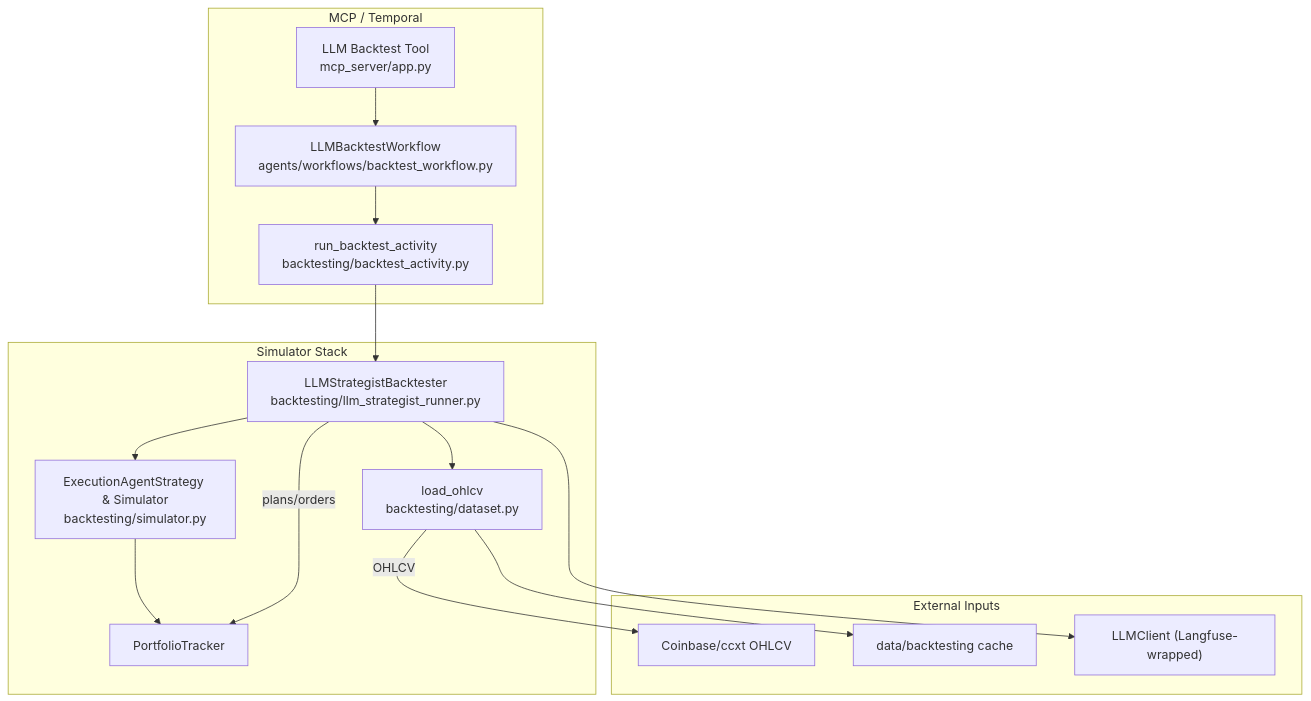
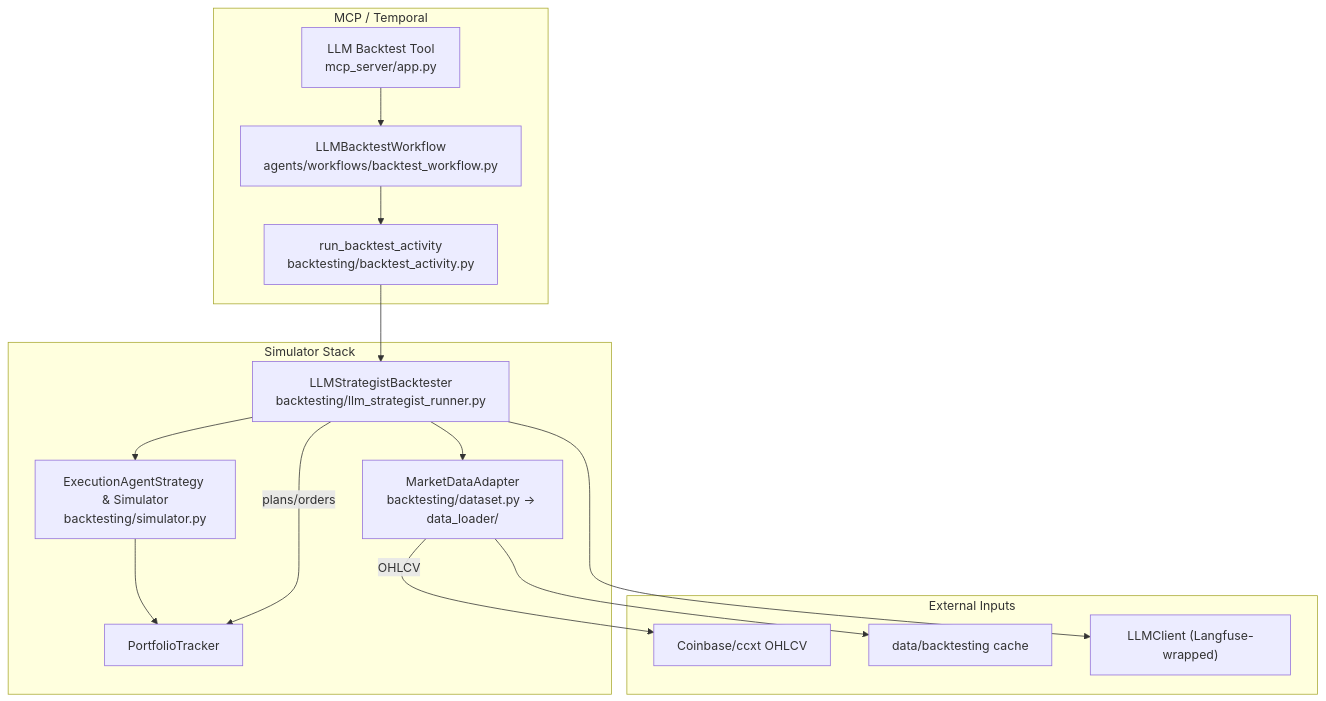
One commit to mushroom-matthew/crypto-trading-agents changed the third of 3 diagrams in docs/ARCHITECTURE.md. Above: the diagram before and after it, drawn with Mermaid. The commit also changed other lines of this file and 17 other files, not shown here.

Commit message:
new data loader

````diff
--- a/docs/ARCHITECTURE.md
+++ b/docs/ARCHITECTURE.md
@@ -145,28 +145,28 @@
 ```mermaid
 flowchart TD
     subgraph MCP / Temporal
         BTTool["LLM Backtest Tool\nmcp_server/app.py"]
         BTWF["LLMBacktestWorkflow\nagents/workflows/backtest_workflow.py"]
         BTActivity["run_backtest_activity\nbacktesting/backtest_activity.py"]
     end
     subgraph Simulator Stack
-        Dataset["load_ohlcv\nbacktesting/dataset.py"]
+        Dataset["MarketDataAdapter\nbacktesting/dataset.py -> data_loader/"]
         Strategist["LLMStrategistBacktester\nbacktesting/llm_strategist_runner.py"]
         Simulator["ExecutionAgentStrategy & Simulator\nbacktesting/simulator.py"]
         Portfolio["PortfolioTracker"]
     end
     subgraph External Inputs
         CCXT["Coinbase/ccxt OHLCV"]
         Cache["data/backtesting cache"]
         LLM["LLMClient (Langfuse-wrapped)"]
     end
     BTTool --> BTWF --> BTActivity
     BTActivity --> Strategist
     Strategist --> Dataset
     Dataset -->|OHLCV| CCXT
     Dataset --> Cache
     Strategist --> Simulator
     Simulator --> Portfolio
     Strategist -->|plans/orders| Portfolio
     Strategist --> LLM
 ```
````
